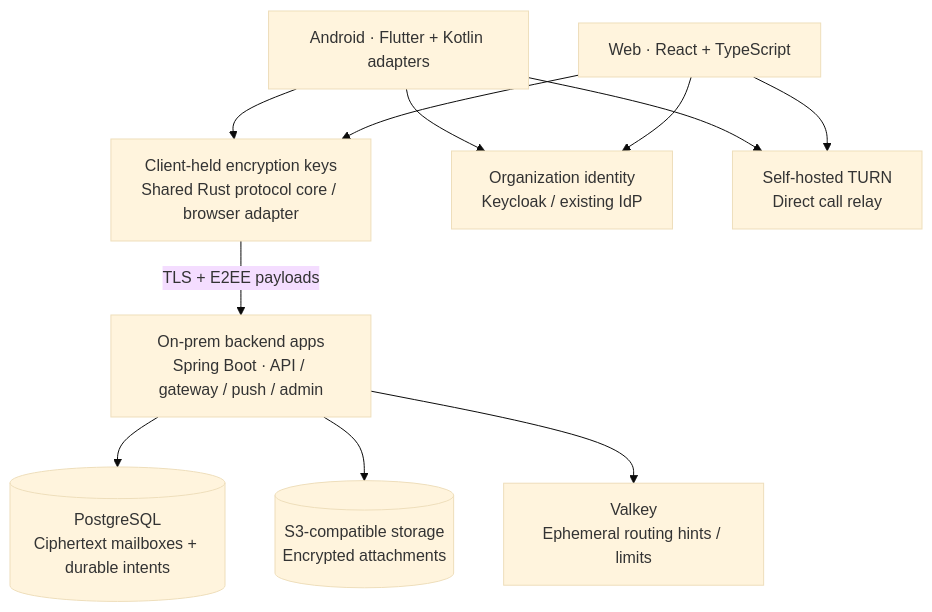
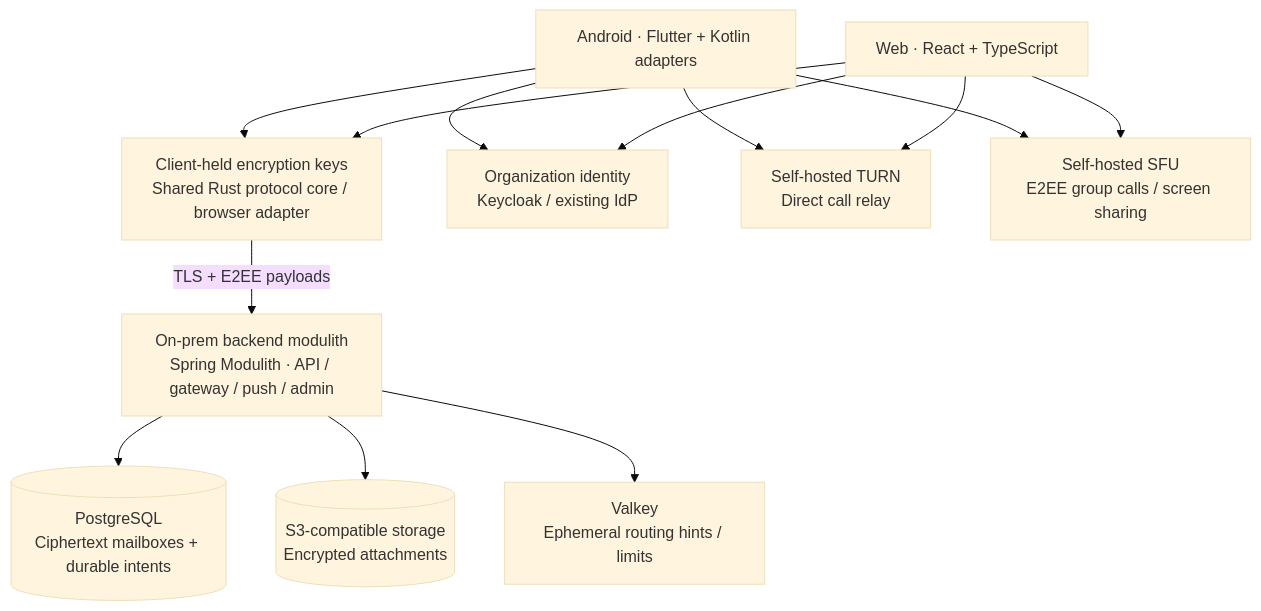
One commit to bogdancstrike/convo changed the diagram in README.md. Above: the diagram before and after it, drawn with Mermaid (base theme). The commit also changed other lines of this file and 8 other files, not shown here.

````diff
--- a/README.md
+++ b/README.md
@@ -171,18 +142,19 @@
 ```mermaid
 flowchart TB
     A["Android · Flutter + Kotlin adapters"]
     W["Web · React + TypeScript"]
     C["Client-held encryption keys<br/>Shared Rust protocol core / browser adapter"]
-    B["On-prem backend apps<br/>Spring Boot · API / gateway / push / admin"]
+    B["On-prem backend modulith<br/>Spring Modulith · API / gateway / push / admin"]
     I["Organization identity<br/>Keycloak / existing IdP"]
     D[("PostgreSQL<br/>Ciphertext mailboxes + durable intents")]
     O[("S3-compatible storage<br/>Encrypted attachments")]
     V["Valkey<br/>Ephemeral routing hints / limits"]
     T["Self-hosted TURN<br/>Direct call relay"]
+    S["Self-hosted SFU<br/>E2EE group calls / screen sharing"]
     A --> C
     W --> C
     C -->|"TLS + E2EE payloads"| B
     A & W --> I
     B --> D & O & V
-    A & W --> T
+    A & W --> T & S
 ```
````
